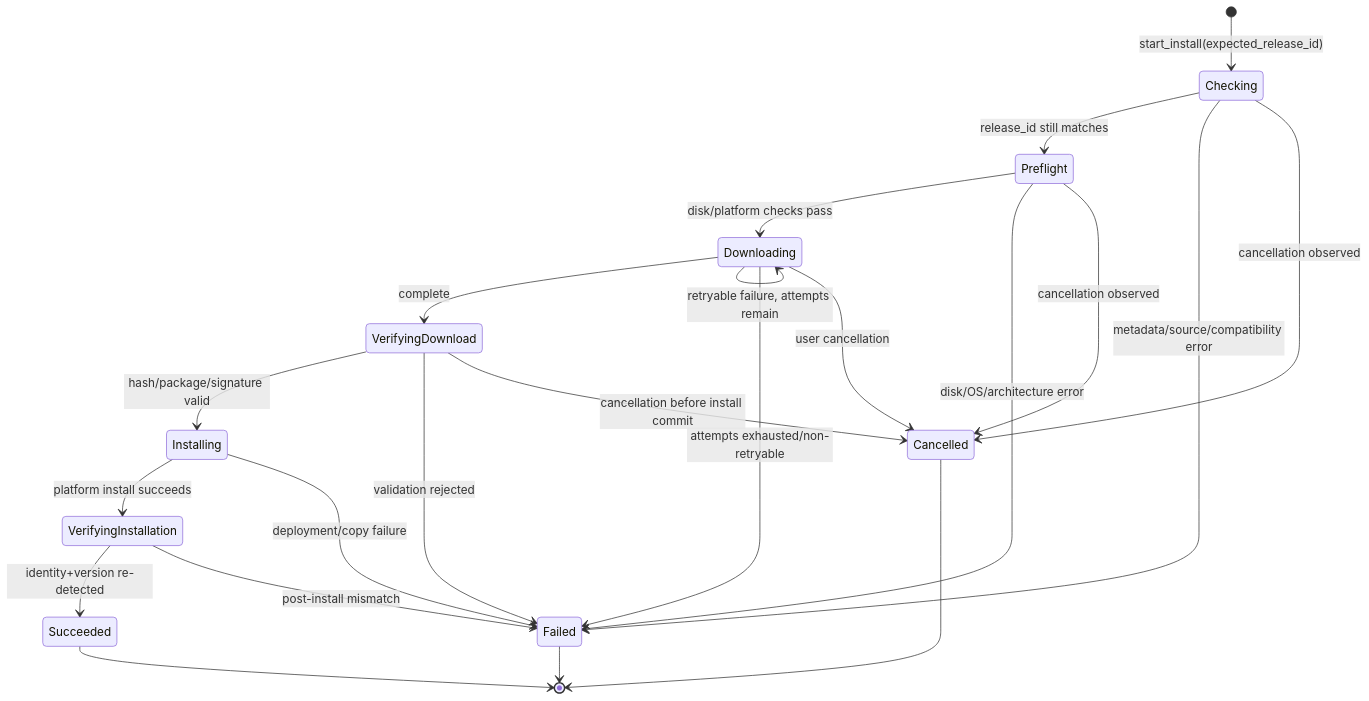
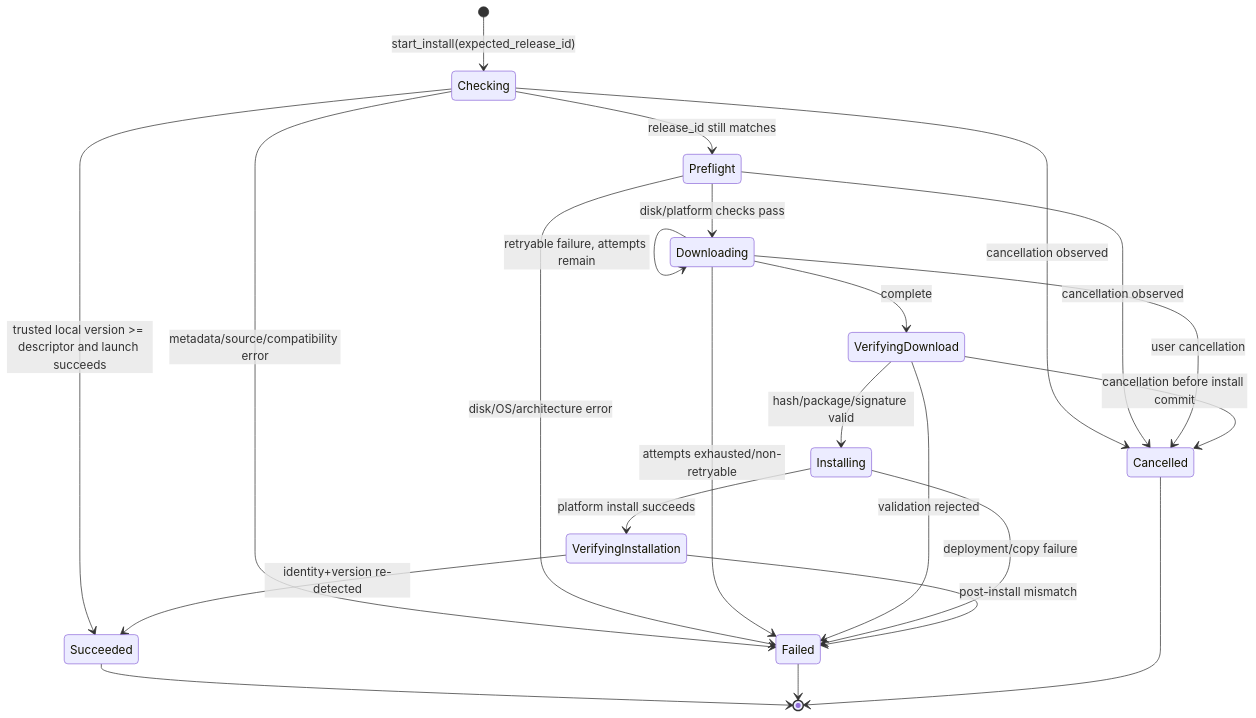
The diagram in docs/fyagent/dev/v1/05-DOMAIN-MODEL-STATE-MACHINE-IPC.md (NongHua123/fyagent), drawn with Mermaid before and after one commit. The commit also changed other lines of this file and 132 other files, not shown here.

````diff
--- a/docs/fyagent/dev/v1/05-DOMAIN-MODEL-STATE-MACHINE-IPC.md
+++ b/docs/fyagent/dev/v1/05-DOMAIN-MODEL-STATE-MACHINE-IPC.md
@@ -259,30 +259,31 @@
 ```mermaid
 stateDiagram-v2
     [*] --> Checking: start_install(expected_release_id)
     Checking --> Preflight: release_id still matches
+    Checking --> Succeeded: trusted local version >= descriptor and launch succeeds
     Checking --> Failed: metadata/source/compatibility error
     Checking --> Cancelled: cancellation observed
 
     Preflight --> Downloading: disk/platform checks pass
     Preflight --> Failed: disk/OS/architecture error
     Preflight --> Cancelled: cancellation observed
 
     Downloading --> VerifyingDownload: complete
     Downloading --> Downloading: retryable failure, attempts remain
     Downloading --> Failed: attempts exhausted/non-retryable
     Downloading --> Cancelled: user cancellation
 
     VerifyingDownload --> Installing: hash/package/signature valid
     VerifyingDownload --> Failed: validation rejected
     VerifyingDownload --> Cancelled: cancellation before install commit
 
     Installing --> VerifyingInstallation: platform install succeeds
     Installing --> Failed: deployment/copy failure
 
     VerifyingInstallation --> Succeeded: identity+version re-detected
     VerifyingInstallation --> Failed: post-install mismatch
 
     Succeeded --> [*]
     Failed --> [*]
     Cancelled --> [*]
 ```
````
